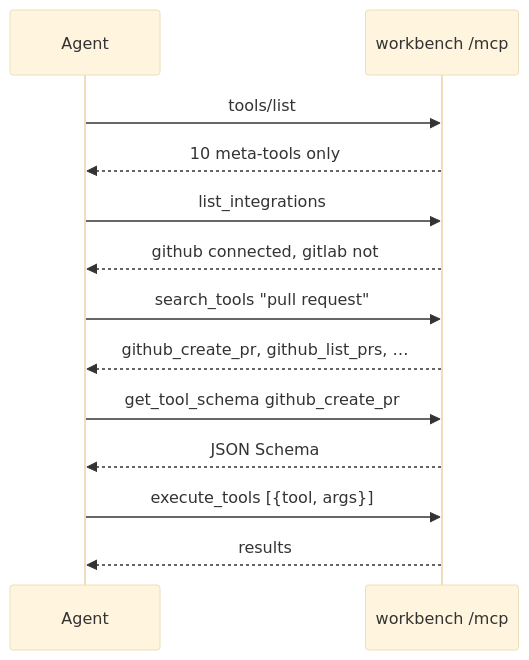
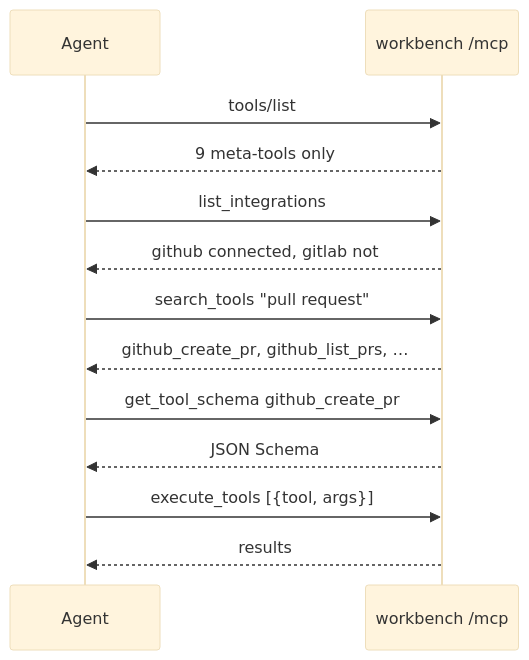
One commit to amarthaid/workbench changed the diagram in docs/site/_content/guides/discovering-tools.md. Above: the diagram before and after it, drawn with Mermaid (base theme). The commit also changed other lines of this file and 16 other files, not shown here.

````diff
--- a/docs/site/_content/guides/discovering-tools.md
+++ b/docs/site/_content/guides/discovering-tools.md
@@ -175,15 +175,15 @@
 ```mermaid
 sequenceDiagram
     participant A as Agent
     participant W as workbench /mcp
     A->>W: tools/list
-    W-->>A: 10 meta-tools only
+    W-->>A: 9 meta-tools only
     A->>W: list_integrations
     W-->>A: github connected, gitlab not
     A->>W: search_tools "pull request"
     W-->>A: github_create_pr, github_list_prs, …
     A->>W: get_tool_schema github_create_pr
     W-->>A: JSON Schema
     A->>W: execute_tools [{tool, args}]
     W-->>A: results
 ```
````
